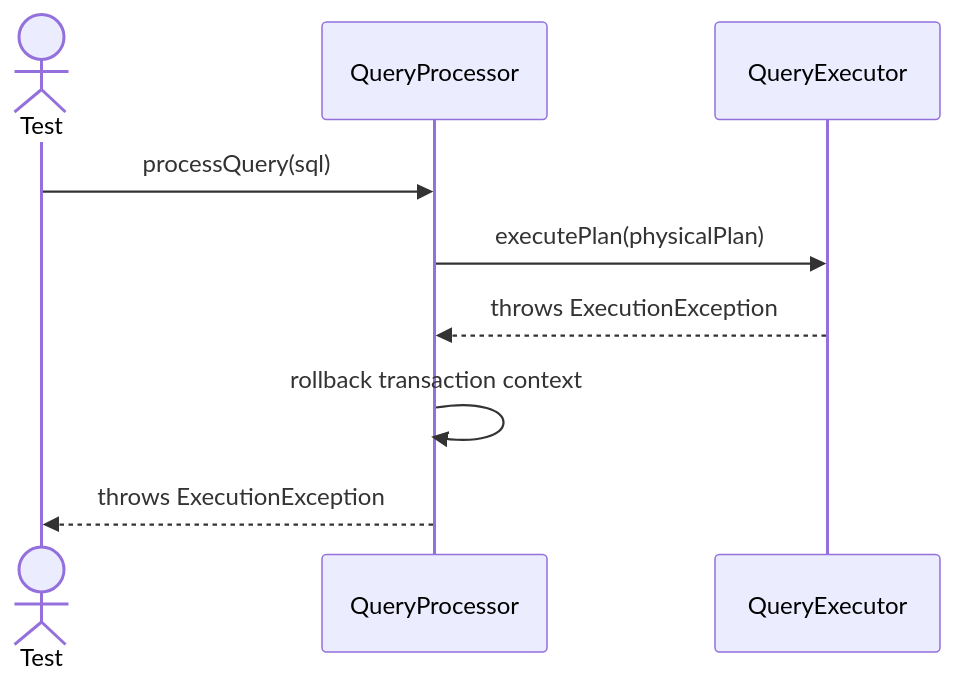
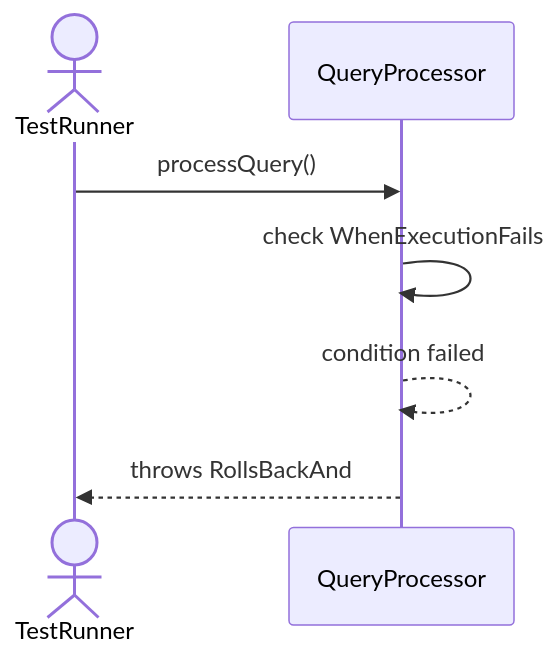
Before and after one commit to TamBui1706/DBMS: the second of 5 diagrams in Sequences/QueryProcessor/QueryProcessor.md, drawn with Mermaid. The commit also changed other lines of this file and 63 other files, not shown here.

Commit message:
Draw sequence diagram for unit tests

````diff
--- a/Sequences/QueryProcessor/QueryProcessor.md
+++ b/Sequences/QueryProcessor/QueryProcessor.md
@@ -34,12 +28,9 @@
 ```mermaid
 sequenceDiagram
-    actor Test
+    actor TestRunner
     participant QueryProcessor
-    participant QueryExecutor
-
-    Test->>QueryProcessor: processQuery(sql)
-    QueryProcessor->>QueryExecutor: executePlan(physicalPlan)
-    QueryExecutor-->>QueryProcessor: throws ExecutionException
-    QueryProcessor->>QueryProcessor: rollback transaction context
-    QueryProcessor-->>Test: throws ExecutionException
+    TestRunner->>QueryProcessor: processQuery()
+    QueryProcessor->>QueryProcessor: check WhenExecutionFails
+    QueryProcessor-->>QueryProcessor: condition failed
+    QueryProcessor-->>TestRunner: throws RollsBackAnd
 ```
````
